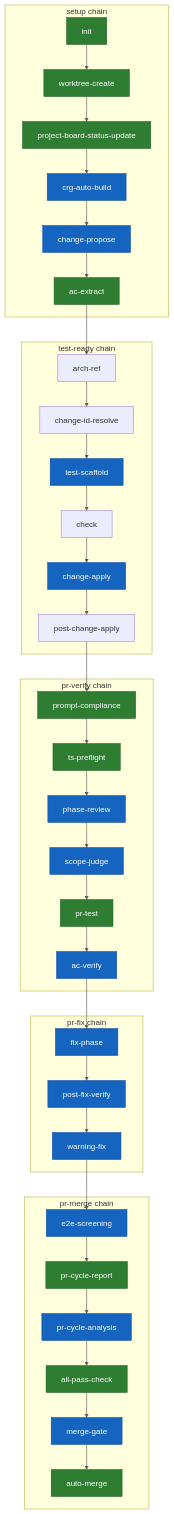
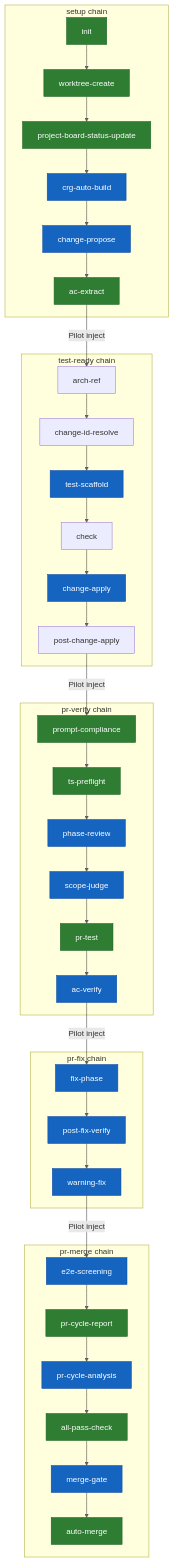
Before and after one commit to shuu5/twill: the second of 3 diagrams in plugins/twl/architecture/domain/contexts/autopilot.md, drawn with Mermaid. The commit also changed other lines of this file and 1 other file, not shown here.

First line of the commit message:
docs(autopilot): ADR-014/015 を architecture spec に反映

````diff
--- a/plugins/twl/architecture/domain/contexts/autopilot.md
+++ b/plugins/twl/architecture/domain/contexts/autopilot.md
@@ -95,78 +99,78 @@
 ```mermaid
 flowchart TD
 
     subgraph setup["setup chain"]
         setup__init["init"]:::script
         setup__worktree_create["worktree-create"]:::script
         setup__project_board_status_update["project-board-status-update"]:::script
         setup__crg_auto_build["crg-auto-build"]:::llm
         setup__change_propose["change-propose"]:::llm
         setup__ac_extract["ac-extract"]:::script
     end
 
     subgraph test_ready["test-ready chain"]
         test_ready__arch_ref["arch-ref"]
         test_ready__change_id_resolve["change-id-resolve"]
         test_ready__test_scaffold["test-scaffold"]:::llm
         test_ready__check["check"]
         test_ready__change_apply["change-apply"]:::llm
         test_ready__post_change_apply["post-change-apply"]
     end
 
     subgraph pr_verify["pr-verify chain"]
         pr_verify__prompt_compliance["prompt-compliance"]:::script
         pr_verify__ts_preflight["ts-preflight"]:::script
         pr_verify__phase_review["phase-review"]:::llm
         pr_verify__scope_judge["scope-judge"]:::llm
         pr_verify__pr_test["pr-test"]:::script
         pr_verify__ac_verify["ac-verify"]:::llm
     end
 
     subgraph pr_fix["pr-fix chain"]
         pr_fix__fix_phase["fix-phase"]:::llm
         pr_fix__post_fix_verify["post-fix-verify"]:::llm
         pr_fix__warning_fix["warning-fix"]:::llm
     end
 
     subgraph pr_merge["pr-merge chain"]
         pr_merge__e2e_screening["e2e-screening"]:::llm
         pr_merge__pr_cycle_report["pr-cycle-report"]:::script
         pr_merge__pr_cycle_analysis["pr-cycle-analysis"]:::llm
         pr_merge__all_pass_check["all-pass-check"]:::script
         pr_merge__merge_gate["merge-gate"]:::llm
         pr_merge__auto_merge["auto-merge"]:::script
     end
 
     setup__init --> setup__worktree_create
     setup__worktree_create --> setup__project_board_status_update
     setup__project_board_status_update --> setup__crg_auto_build
     setup__crg_auto_build --> setup__change_propose
     setup__change_propose --> setup__ac_extract
     test_ready__arch_ref --> test_ready__change_id_resolve
     test_ready__change_id_resolve --> test_ready__test_scaffold
     test_ready__test_scaffold --> test_ready__check
     test_ready__check --> test_ready__change_apply
     test_ready__change_apply --> test_ready__post_change_apply
     pr_verify__prompt_compliance --> pr_verify__ts_preflight
     pr_verify__ts_preflight --> pr_verify__phase_review
     pr_verify__phase_review --> pr_verify__scope_judge
     pr_verify__scope_judge --> pr_verify__pr_test
     pr_verify__pr_test --> pr_verify__ac_verify
     pr_fix__fix_phase --> pr_fix__post_fix_verify
     pr_fix__post_fix_verify --> pr_fix__warning_fix
     pr_merge__e2e_screening --> pr_merge__pr_cycle_report
     pr_merge__pr_cycle_report --> pr_merge__pr_cycle_analysis
     pr_merge__pr_cycle_analysis --> pr_merge__all_pass_check
     pr_merge__all_pass_check --> pr_merge__merge_gate
     pr_merge__merge_gate --> pr_merge__auto_merge
 
-    setup__ac_extract --> test_ready__arch_ref
-    test_ready__post_change_apply --> pr_verify__prompt_compliance
-    pr_verify__ac_verify --> pr_fix__fix_phase
-    pr_fix__warning_fix --> pr_merge__e2e_screening
+    setup__ac_extract -->|"Pilot inject"| test_ready__arch_ref
+    test_ready__post_change_apply -->|"Pilot inject"| pr_verify__prompt_compliance
+    pr_verify__ac_verify -->|"Pilot inject"| pr_fix__fix_phase
+    pr_fix__warning_fix -->|"Pilot inject"| pr_merge__e2e_screening
 
     classDef script fill:#2e7d32,stroke:#1b5e20,color:#ffffff
     classDef llm fill:#1565c0,stroke:#0d47a1,color:#ffffff
     classDef composite fill:#7b1fa2,stroke:#4a148c,color:#ffffff
     classDef marker fill:#616161,stroke:#424242,color:#ffffff
 ```
````
